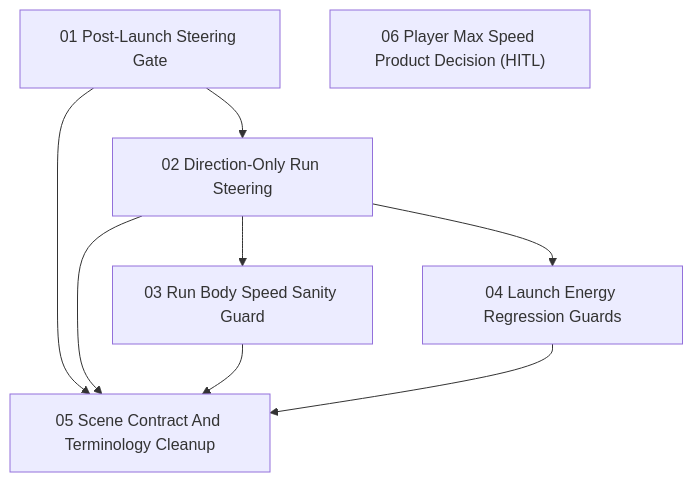
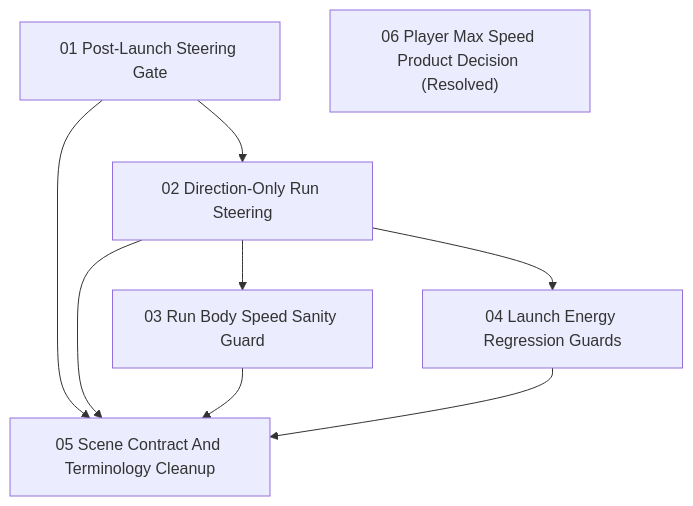
Before and after one commit to Artein/Test-SeniorUnityDeveloper-CrazyLabs: the diagram in docs/tasks/run-body-natural-speed-ownership/index.md, drawn with Mermaid. The commit also changed other lines of this file and 25 other files, not shown here.

````diff
--- a/docs/tasks/run-body-natural-speed-ownership/index.md
+++ b/docs/tasks/run-body-natural-speed-ownership/index.md
@@ -30,17 +34,17 @@
 ```mermaid
 flowchart TD
     A["01 Post-Launch Steering Gate"]
     B["02 Direction-Only Run Steering"]
     C["03 Run Body Speed Sanity Guard"]
     D["04 Launch Energy Regression Guards"]
     E["05 Scene Contract And Terminology Cleanup"]
-    F["06 Player Max Speed Product Decision (HITL)"]
+    F["06 Player Max Speed Product Decision (Resolved)"]
 
     A --> B
     B --> C
     B --> D
     A --> E
     B --> E
     C --> E
     D --> E
 ```
````
